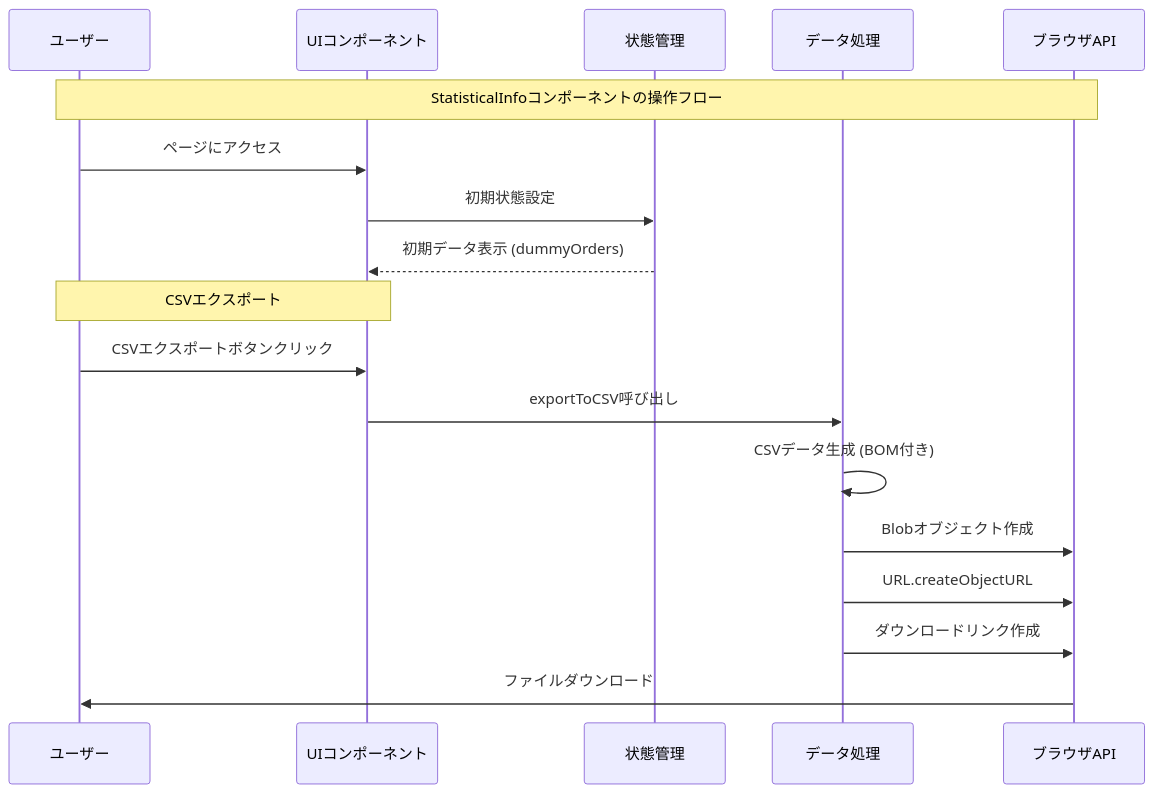
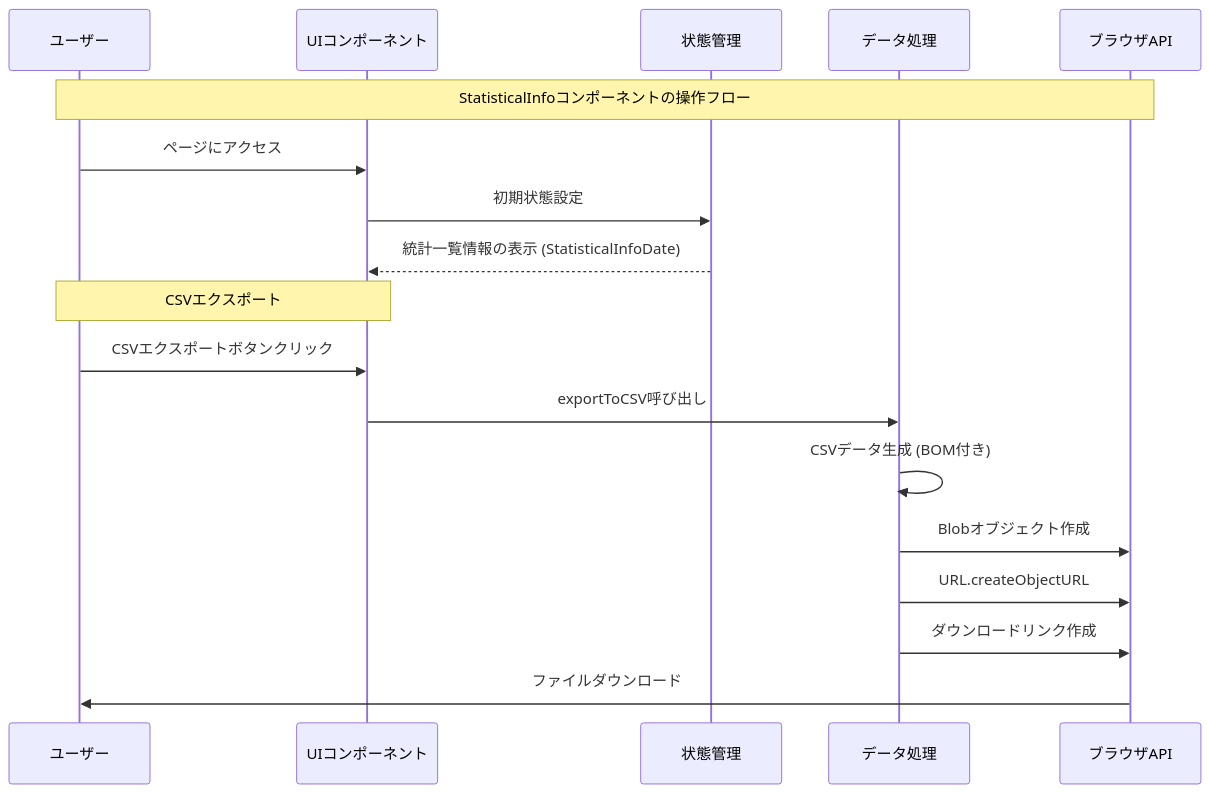
Before and after one commit to wasabi49/ocs-systemDevelopmentExercises: the diagram in document/StatiscalInfo/test.md, drawn with Mermaid. The commit also changed 1 other file, not shown here.

Commit message:
シーケンス図の変更

````diff
--- a/document/StatiscalInfo/test.md
+++ b/document/StatiscalInfo/test.md
@@ -1,24 +1,24 @@
 ```mermaid
 sequenceDiagram
     participant User as ユーザー
     participant UI as UIコンポーネント
     participant State as 状態管理
     participant Data as データ処理
     participant Browser as ブラウザAPI
     
     Note over User,Browser: StatisticalInfoコンポーネントの操作フロー
     
     User->>UI: ページにアクセス
     UI->>State: 初期状態設定
-    State-->>UI: 初期データ表示 (dummyOrders)
+    State-->>UI: 統計一覧情報の表示 (StatisticalInfoDate)
     
     Note over User,UI: CSVエクスポート
     User->>UI: CSVエクスポートボタンクリック
     UI->>Data: exportToCSV呼び出し
     Data->>Data: CSVデータ生成 (BOM付き)
     Data->>Browser: Blobオブジェクト作成
     Data->>Browser: URL.createObjectURL
     Data->>Browser: ダウンロードリンク作成
     Browser->>User: ファイルダウンロード
 
 ```
````
